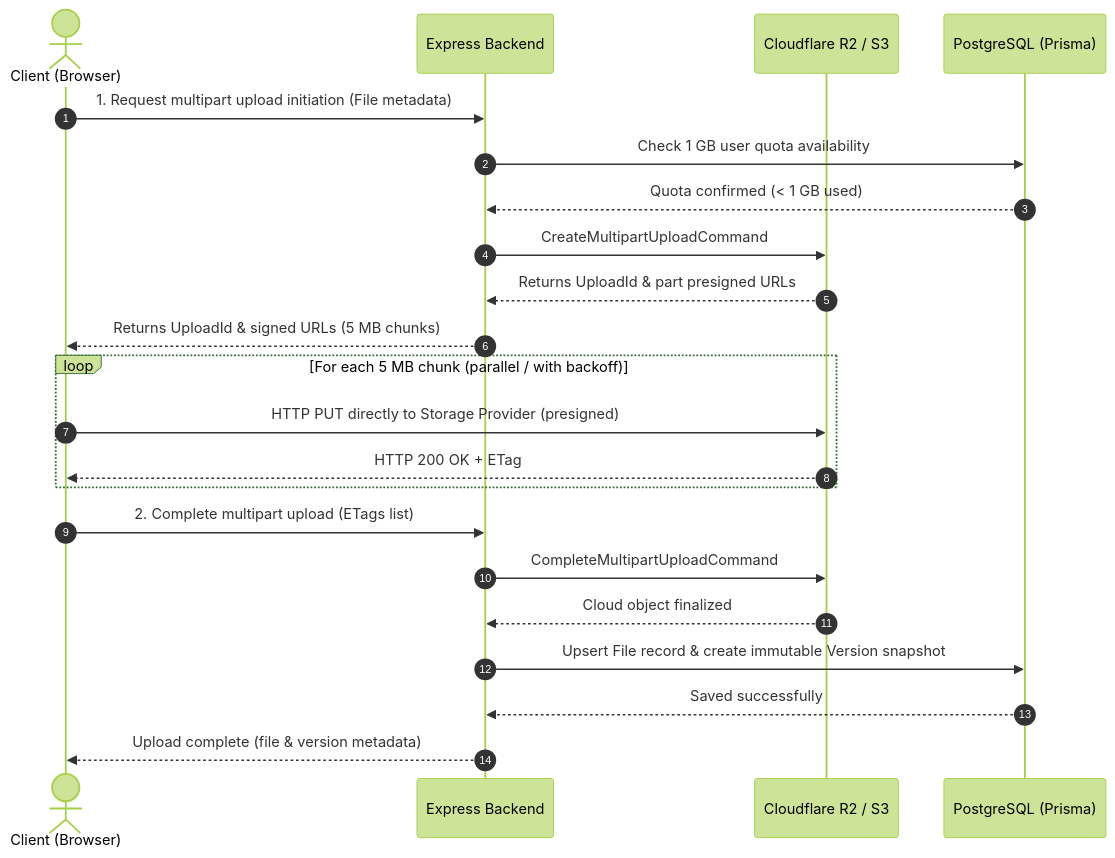
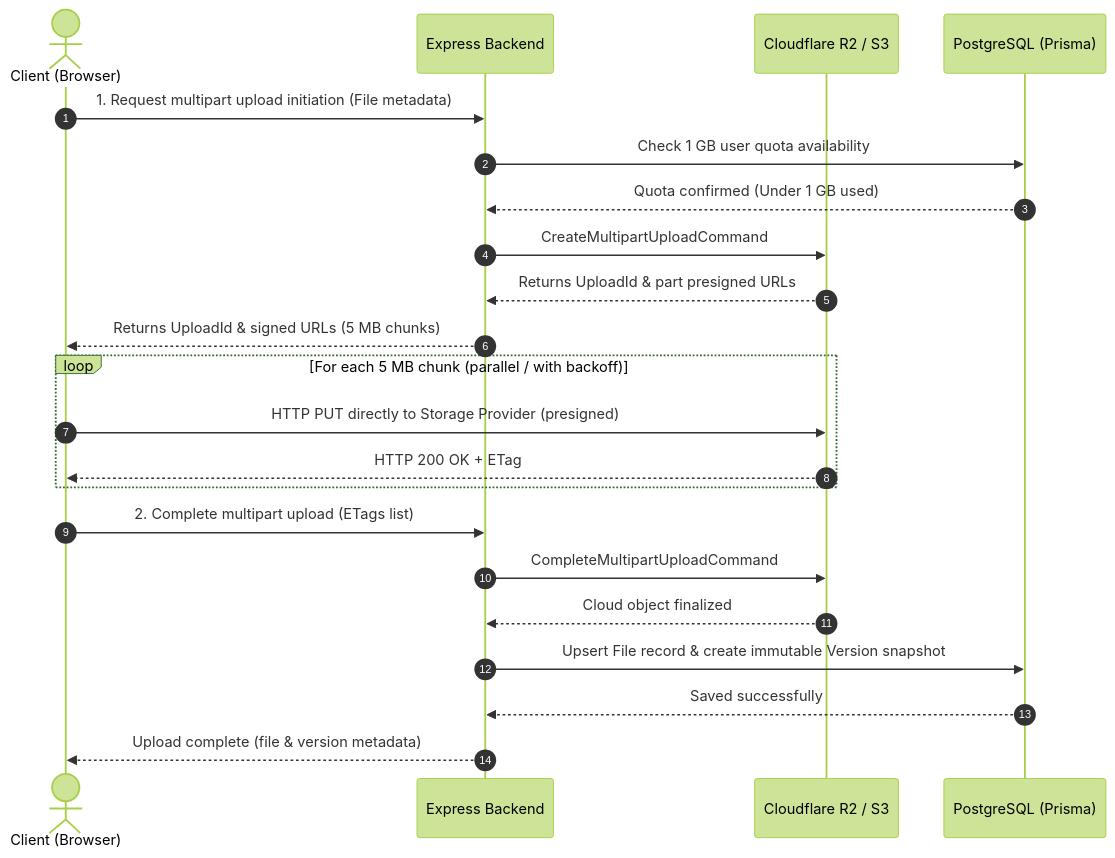
One commit to Tanishpal23/FileVault changed the second of 5 diagrams in README.md. Above: the diagram before and after it, drawn with Mermaid (forest theme). The commit also changed other lines of this file, not shown here.

````diff
--- a/README.md
+++ b/README.md
@@ -254,25 +254,25 @@
 ```mermaid
 sequenceDiagram
     autonumber
     actor User as Client (Browser)
     participant API as Express Backend
     participant S3 as Cloudflare R2 / S3
     participant DB as PostgreSQL (Prisma)
 
     User->>API: 1. Request multipart upload initiation (File metadata)
     API->>DB: Check 1 GB user quota availability
-    DB-->>API: Quota confirmed (< 1 GB used)
+    DB-->>API: Quota confirmed (Under 1 GB used)
     API->>S3: CreateMultipartUploadCommand
     S3-->>API: Returns UploadId & part presigned URLs
     API-->>User: Returns UploadId & signed URLs (5 MB chunks)
     loop For each 5 MB chunk (parallel / with backoff)
         User->>S3: HTTP PUT directly to Storage Provider (presigned)
         S3-->>User: HTTP 200 OK + ETag
     end
     User->>API: 2. Complete multipart upload (ETags list)
     API->>S3: CompleteMultipartUploadCommand
     S3-->>API: Cloud object finalized
     API->>DB: Upsert File record & create immutable Version snapshot
     DB-->>API: Saved successfully
     API-->>User: Upload complete (file & version metadata)
 ```
````
